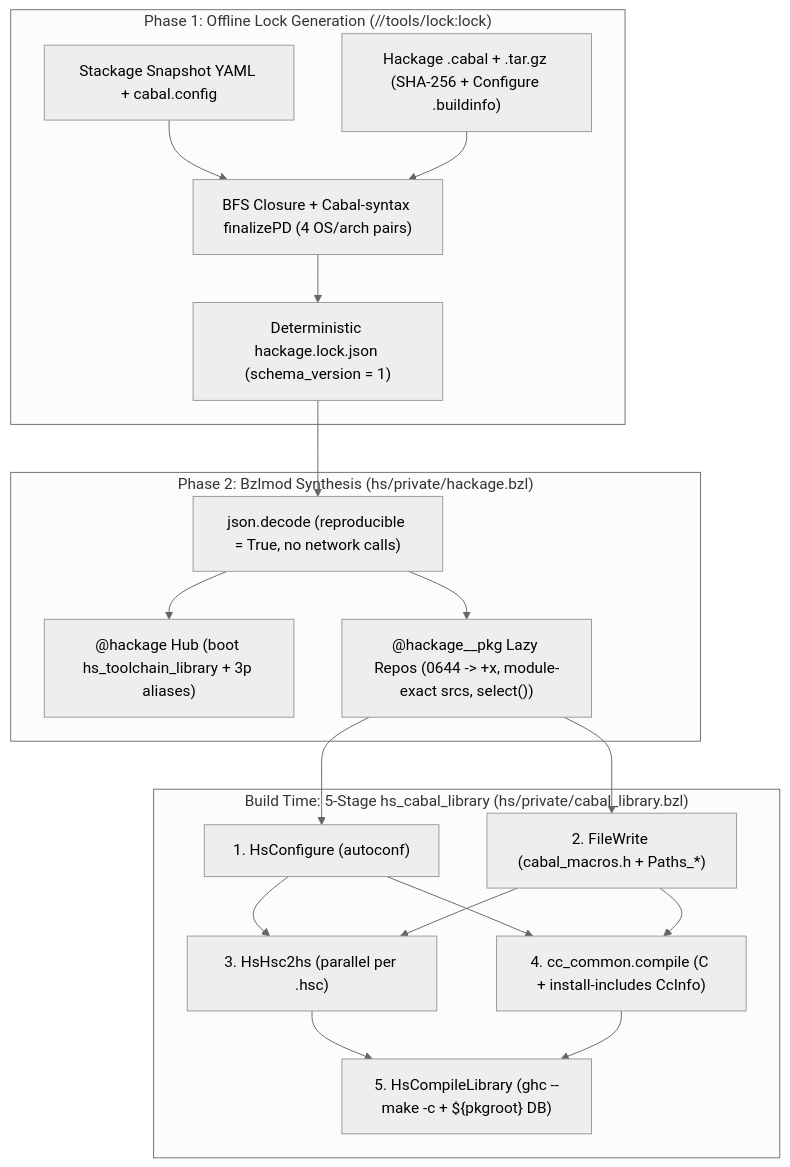
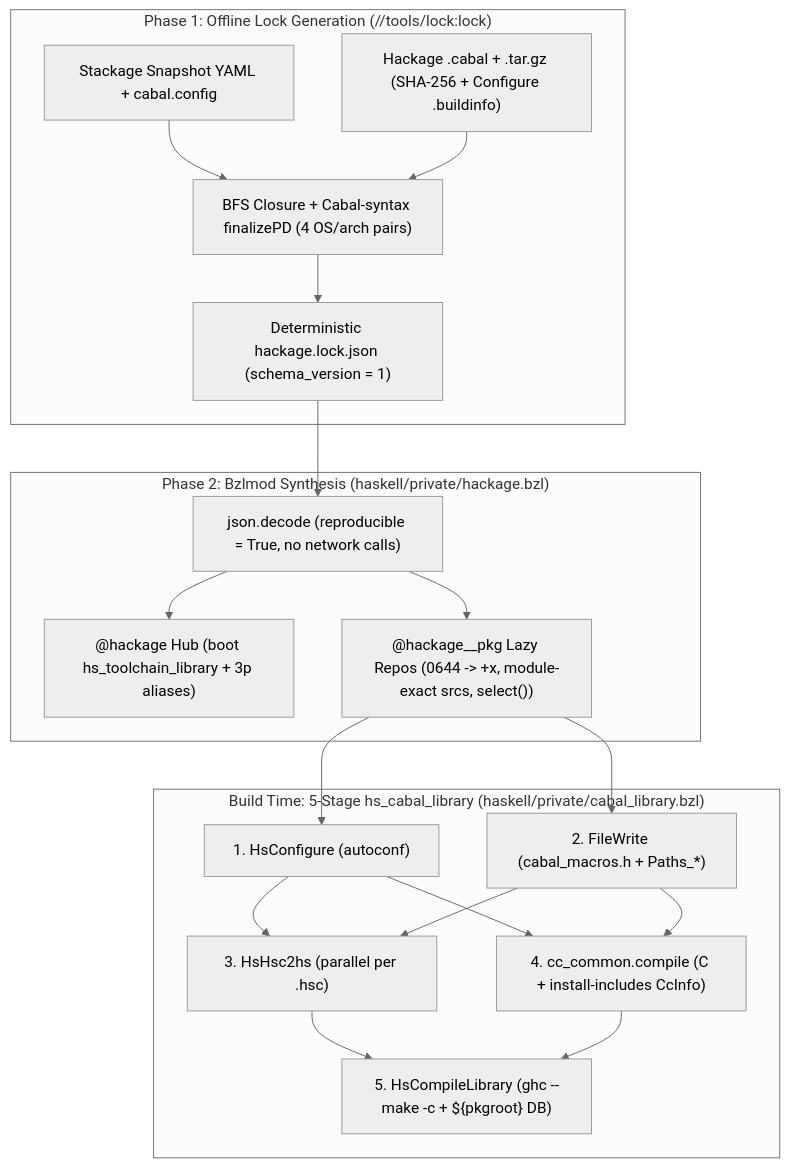
One commit to kaycebasques/hs changed the first of 2 diagrams in docs/content/internals/ecosystem-and-hackage.md. Above: the diagram before and after it, drawn with Mermaid (neutral theme). The commit also changed other lines of this file and 33 other files, not shown here.

````diff
--- a/docs/content/internals/ecosystem-and-hackage.md
+++ b/docs/content/internals/ecosystem-and-hackage.md
@@ -15,25 +13,25 @@
 ```mermaid
 flowchart TD
     subgraph P1["Phase 1: Offline Lock Generation (//tools/lock:lock)"]
         SYAML["Stackage Snapshot YAML + cabal.config"] --> BFS["BFS Closure + Cabal-syntax finalizePD (4 OS/arch pairs)"]
         TAR["Hackage .cabal + .tar.gz (SHA-256 + Configure .buildinfo)"] --> BFS
         BFS --> LOCK["Deterministic hackage.lock.json (schema_version = 1)"]
     end
 
-    subgraph P2["Phase 2: Bzlmod Synthesis (hs/private/hackage.bzl)"]
+    subgraph P2["Phase 2: Bzlmod Synthesis (haskell/private/hackage.bzl)"]
         LOCK --> EXT["json.decode (reproducible = True, no network calls)"]
         EXT --> HUB["@hackage Hub (boot hs_toolchain_library + 3p aliases)"]
         EXT --> LAZY["@hackage__pkg Lazy Repos (0644 -> +x, module-exact srcs, select())"]
     end
 
-    subgraph P3["Build Time: 5-Stage hs_cabal_library (hs/private/cabal_library.bzl)"]
+    subgraph P3["Build Time: 5-Stage hs_cabal_library (haskell/private/cabal_library.bzl)"]
         LAZY --> S1["1. HsConfigure (autoconf)"]
         LAZY --> S2["2. FileWrite (cabal_macros.h + Paths_*)"]
         S1 --> S3["3. HsHsc2hs (parallel per .hsc)"]
         S2 --> S3
         S1 --> S4["4. cc_common.compile (C + install-includes CcInfo)"]
         S2 --> S4
         S3 --> S5["5. HsCompileLibrary (ghc --make -c + ${pkgroot} DB)"]
         S4 --> S5
     end
 ```
````
